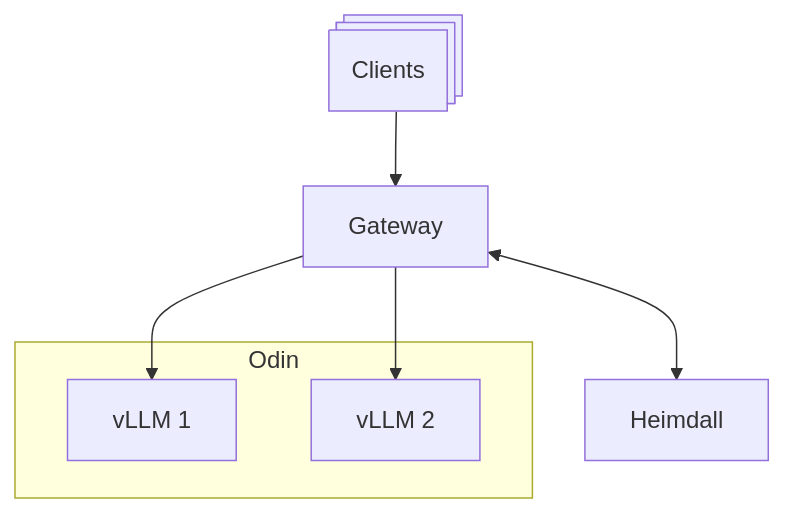
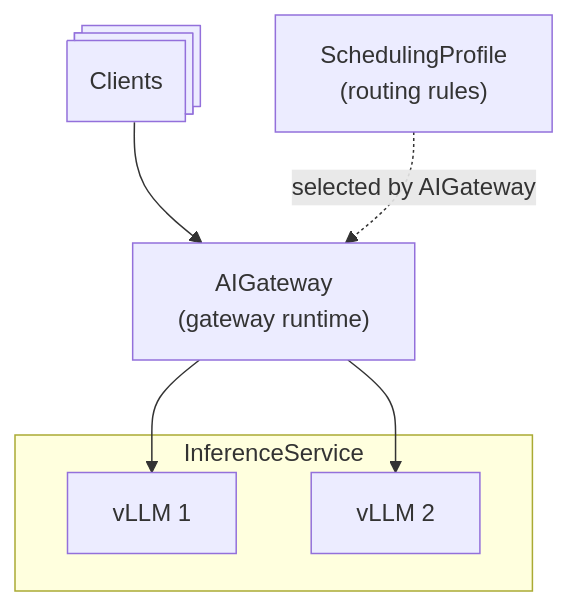
One commit to moreh-dev/mif changed the diagram in website/docs/getting-started/quickstart.mdx. Above: the diagram before and after it, drawn with Mermaid. The commit also changed other lines of this file and 7 other files, not shown here.

First line of the commit message:
MAF-20256: docs(website): rewrite getting-started for the Heimdall operator + AIGateway + Odin (#142)

````diff
--- a/website/docs/getting-started/quickstart.mdx
+++ b/website/docs/getting-started/quickstart.mdx
@@ -100,11 +94,11 @@
 ```mermaid
 graph TB
-    clients@{ shape: procs, label: "Clients" } --> gateway[Gateway]
-    gateway <--> heimdall[Heimdall]
-    subgraph Odin
+    clients@{ shape: procs, label: "Clients" } --> gateway["AIGateway<br>(gateway runtime)"]
+    sp["SchedulingProfile<br>(routing rules)"] -. selected by AIGateway .-> gateway
+    subgraph odin["InferenceService"]
       vllm1[vLLM 1]
       vllm2[vLLM 2]
     end
-    gateway --> vllm1[vLLM 1]
-    gateway --> vllm2[vLLM 2]
+    gateway --> vllm1
+    gateway --> vllm2
 ```
````
